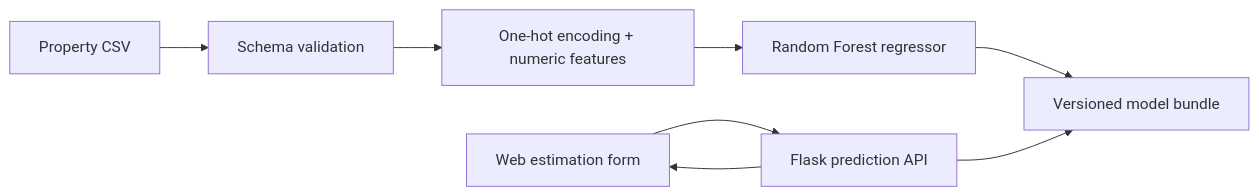
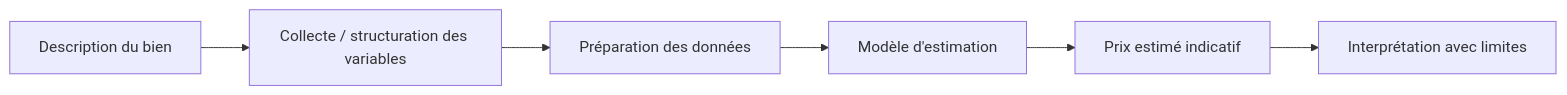
One commit to yassineallaoui4/berkane-immo-ml changed the diagram in README.md. Above: the diagram before and after it, drawn with Mermaid. The commit also changed other lines of this file and 41 other files, not shown here.

````diff
--- a/README.md
+++ b/README.md
@@ -26,10 +32,8 @@
 ```mermaid
 flowchart LR
-    CSV[Property CSV] --> V[Schema validation]
-    V --> P[One-hot encoding + numeric features]
-    P --> RF[Random Forest regressor]
-    RF --> M[Versioned model bundle]
-    UI[Web estimation form] --> API[Flask prediction API]
-    API --> M
-    API --> UI
+    A[Description du bien] --> B[Collecte / structuration des variables]
+    B --> C[Préparation des données]
+    C --> D[Modèle d'estimation]
+    D --> E[Prix estimé indicatif]
+    E --> F[Interprétation avec limites]
 ```
````
